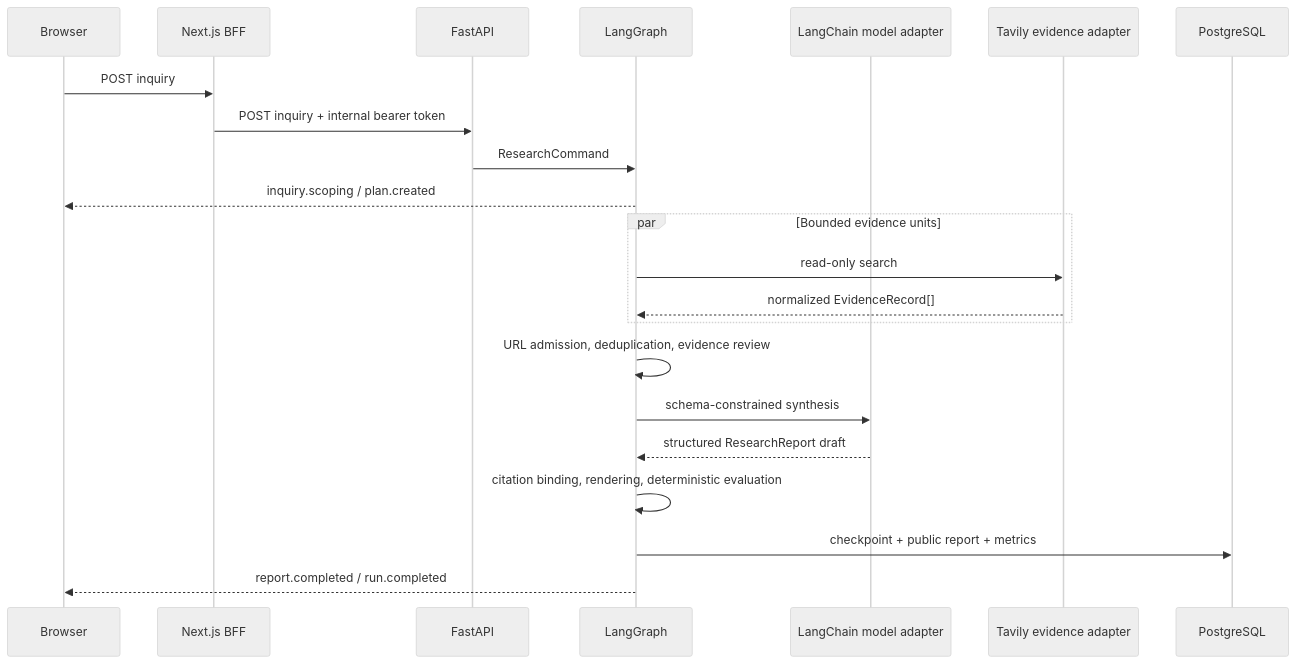
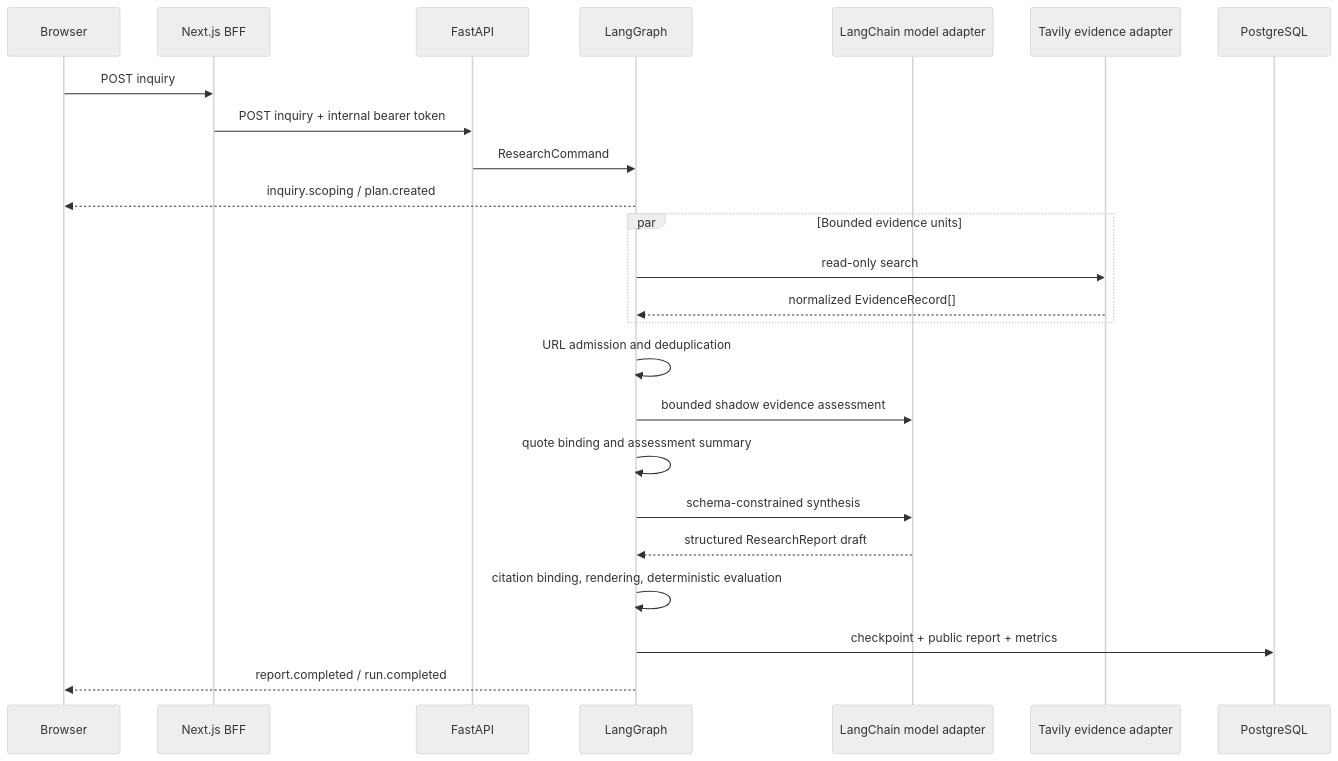
The first of 2 diagrams in docs/architecture.md (ChrBoebel/Abundance), drawn with Mermaid (neutral theme) before and after one commit. The commit also changed other lines of this file and 25 other files, not shown here.

Commit message:
feat: add shadow evidence assessment (#11)

````diff
--- a/docs/architecture.md
+++ b/docs/architecture.md
@@ -9,25 +9,27 @@
 ```mermaid
 sequenceDiagram
     participant U as Browser
     participant N as Next.js BFF
     participant F as FastAPI
     participant G as LangGraph
     participant L as LangChain model adapter
     participant T as Tavily evidence adapter
     participant P as PostgreSQL
 
     U->>N: POST inquiry
     N->>F: POST inquiry + internal bearer token
     F->>G: ResearchCommand
     G-->>U: inquiry.scoping / plan.created
     par Bounded evidence units
         G->>T: read-only search
         T-->>G: normalized EvidenceRecord[]
     end
-    G->>G: URL admission, deduplication, evidence review
+    G->>G: URL admission and deduplication
+    G->>L: bounded shadow evidence assessment
+    G->>G: quote binding and assessment summary
     G->>L: schema-constrained synthesis
     L-->>G: structured ResearchReport draft
     G->>G: citation binding, rendering, deterministic evaluation
     G->>P: checkpoint + public report + metrics
     G-->>U: report.completed / run.completed
 ```
````
